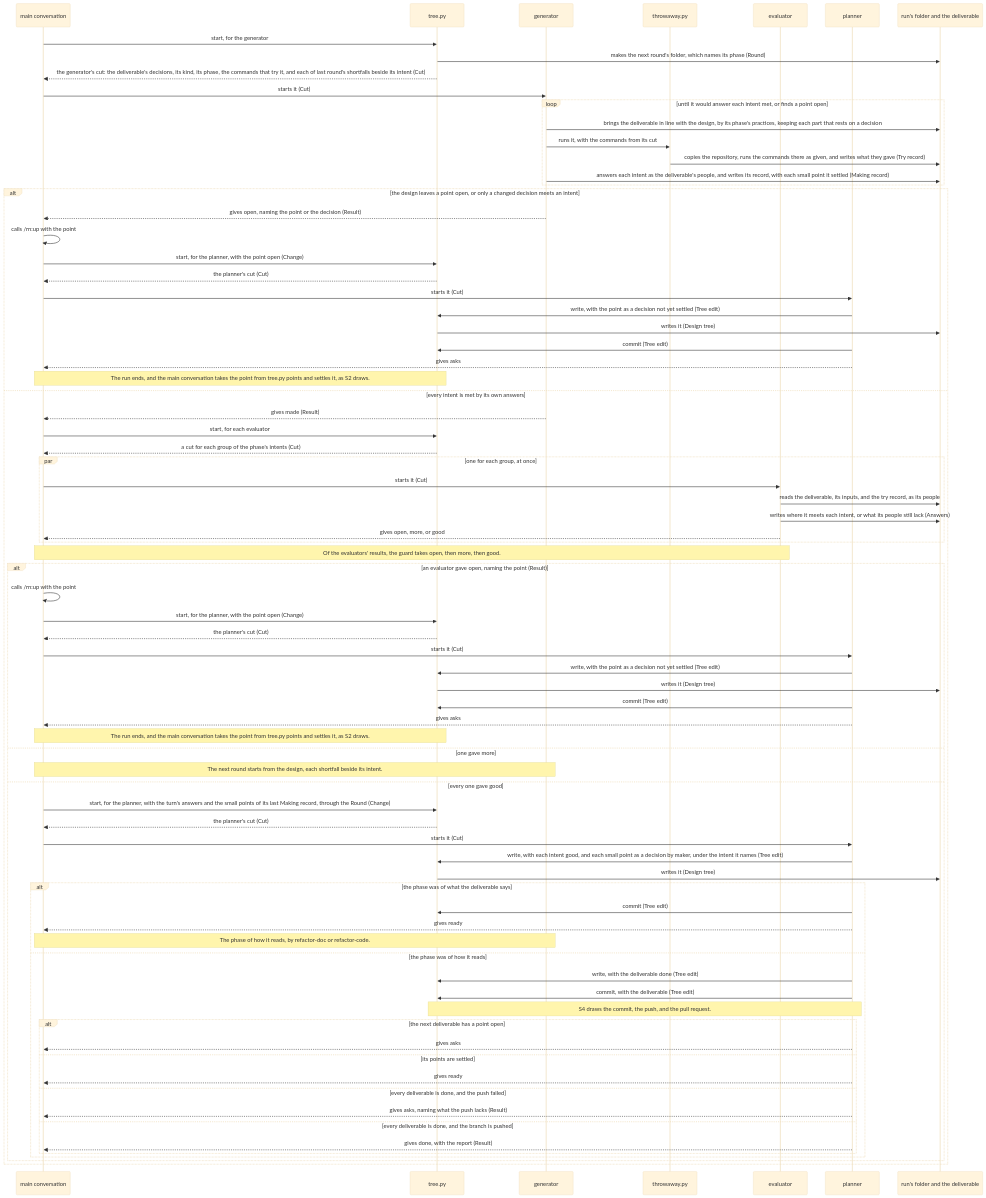
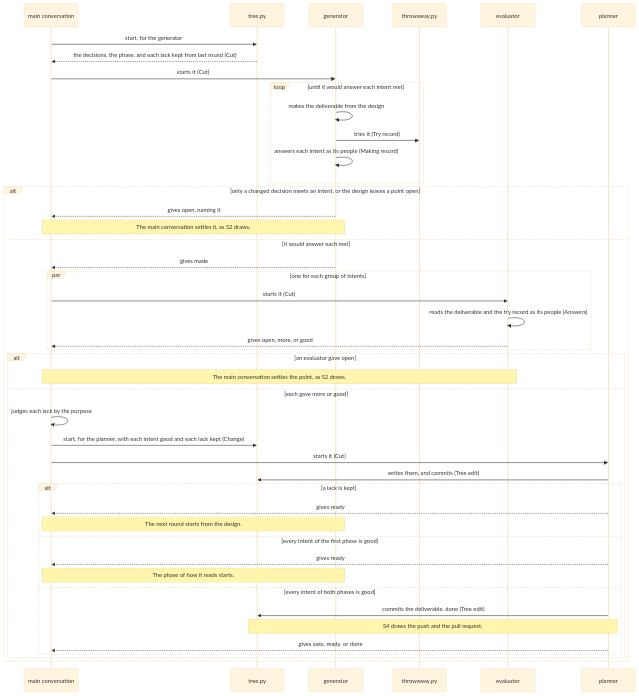
One commit to lovaizu/ccpm changed the third of 6 diagrams in dev/rn/architecture.md. Above: the diagram before and after it, drawn with Mermaid (base theme). The commit also changed other lines of this file and 40 other files, not shown here.

````diff
--- a/dev/rn/architecture.md
+++ b/dev/rn/architecture.md
@@ -556,80 +289,47 @@
 ```mermaid
 sequenceDiagram
   participant M as main conversation
   participant T as tree.py
   participant G as generator
   participant W as throwaway.py
   participant E as evaluator
   participant P as planner
-  participant R as run's folder and the deliverable
   M->>T: start, for the generator
-  T->>R: makes the next round's folder, which names its phase (Round)
-  T-->>M: the generator's cut: the deliverable's decisions, its kind, its phase, the commands that try it, and each of last round's shortfalls beside its intent (Cut)
+  T-->>M: the decisions, the phase, and each lack kept from last round (Cut)
   M->>G: starts it (Cut)
-  loop until it would answer each intent met, or finds a point open
-    G->>R: brings the deliverable in line with the design, by its phase's practices, keeping each part that rests on a decision
-    G->>W: runs it, with the commands from its cut
-    W->>R: copies the repository, runs the commands there as given, and writes what they gave (Try record)
-    G->>R: answers each intent as the deliverable's people, and writes its record, with each small point it settled (Making record)
+  loop until it would answer each intent met
+    G->>G: makes the deliverable from the design
+    G->>W: tries it (Try record)
+    G->>G: answers each intent as its people (Making record)
   end
-  alt the design leaves a point open, or only a changed decision meets an intent
-    G-->>M: gives open, naming the point or the decision (Result)
-    M->>M: calls /rn:up with the point
-    M->>T: start, for the planner, with the point open (Change)
-    T-->>M: the planner's cut (Cut)
-    M->>P: starts it (Cut)
-    P->>T: write, with the point as a decision not yet settled (Tree edit)
-    T->>R: writes it (Design tree)
-    P->>T: commit (Tree edit)
-    P-->>M: gives asks
-    Note over M,T: The run ends, and the main conversation takes the point from tree.py points and settles it, as S2 draws.
-  else every intent is met by its own answers
-    G-->>M: gives made (Result)
-    M->>T: start, for each evaluator
-    T-->>M: a cut for each group of the phase's intents (Cut)
-    par one for each group, at once
+  alt only a changed decision meets an intent, or the design leaves a point open
+    G-->>M: gives open, naming it
+    Note over M,G: The main conversation settles it, as S2 draws.
+  else it would answer each met
+    G-->>M: gives made
+    par one for each group of intents
       M->>E: starts it (Cut)
-      E->>R: reads the deliverable, its inputs, and the try record, as its people
-      E->>R: writes where it meets each intent, or what its people still lack (Answers)
+      E->>E: reads the deliverable and the try record as its people (Answers)
       E-->>M: gives open, more, or good
     end
-    Note over M,E: Of the evaluators' results, the guard takes open, then more, then good.
-    alt an evaluator gave open, naming the point (Result)
-      M->>M: calls /rn:up with the point
-      M->>T: start, for the planner, with the point open (Change)
-      T-->>M: the planner's cut (Cut)
+    alt an evaluator gave open
+      Note over M,E: The main conversation settles the point, as S2 draws.
+    else each gave more or good
+      M->>M: judges each lack by the purpose
+      M->>T: start, for the planner, with each intent good and each lack kept (Change)
       M->>P: starts it (Cut)
-      P->>T: write, with the point as a decision not yet settled (Tree edit)
-      T->>R: writes it (Design tree)
-      P->>T: commit (Tree edit)
-      P-->>M: gives asks
-      Note over M,T: The run ends, and the main conversation takes the point from tree.py points and settles it, as S2 draws.
-    else one gave more
-      Note over M,G: The next round starts from the design, each shortfall beside its intent.
-    else every one gave good
-      M->>T: start, for the planner, with the turn's answers and the small points of its last Making record, through the Round (Change)
-      T-->>M: the planner's cut (Cut)
-      M->>P: starts it (Cut)
-      P->>T: write, with each intent good, and each small point as a decision by maker, under the intent it names (Tree edit)
-      T->>R: writes it (Design tree)
-      alt the phase was of what the deliverable says
-        P->>T: commit (Tree edit)
+      P->>T: writes them, and commits (Tree edit)
+      alt a lack is kept
         P-->>M: gives ready
-        Note over M,G: The phase of how it reads, by refactor-doc or refactor-code.
-      else the phase was of how it reads
-        P->>T: write, with the deliverable done (Tree edit)
-        P->>T: commit, with the deliverable (Tree edit)
-        Note over P,T: S4 draws the commit, the push, and the pull request.
-        alt the next deliverable has a point open
-          P-->>M: gives asks
-        else its points are settled
-          P-->>M: gives ready
-        else every deliverable is done, and the push failed
-          P-->>M: gives asks, naming what the push lacks (Result)
-        else every deliverable is done, and the branch is pushed
-          P-->>M: gives done, with the report (Result)
-        end
+        Note over M,G: The next round starts from the design.
+      else every intent of the first phase is good
+        P-->>M: gives ready
+        Note over M,G: The phase of how it reads starts.
+      else every intent of both phases is good
+        P->>T: commits the deliverable, done (Tree edit)
+        Note over P,T: S4 draws the push and the pull request.
+        P-->>M: gives asks, ready, or done
       end
     end
   end
 ```
````
